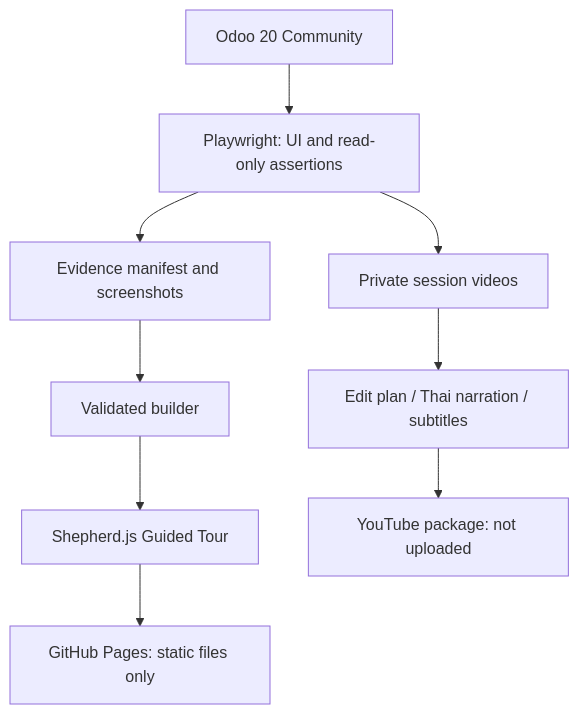
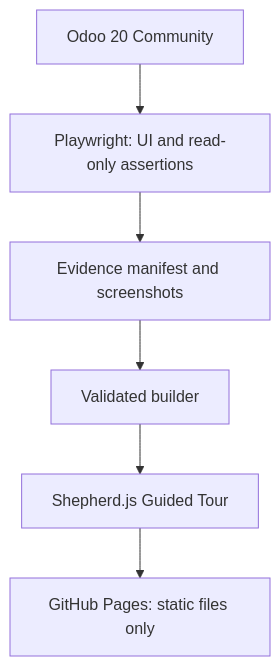
One commit to GovOpsDev/ERP changed the diagram in README.md. Above: the diagram before and after it, drawn with Mermaid. The commit also changed other lines of this file, not shown here.

Commit message:
docs: remove references to unpublished recorder

````diff
--- a/README.md
+++ b/README.md
@@ -75,11 +75,8 @@
 ```mermaid
 flowchart TD
     O[Odoo 20 Community] --> P[Playwright: UI and read-only assertions]
     P --> E[Evidence manifest and screenshots]
     E --> B[Validated builder]
     B --> S[Shepherd.js Guided Tour]
     S --> G[GitHub Pages: static files only]
-    P --> V[Private session videos]
-    V --> N[Edit plan / Thai narration / subtitles]
-    N --> Y[YouTube package: not uploaded]
 ```
````
